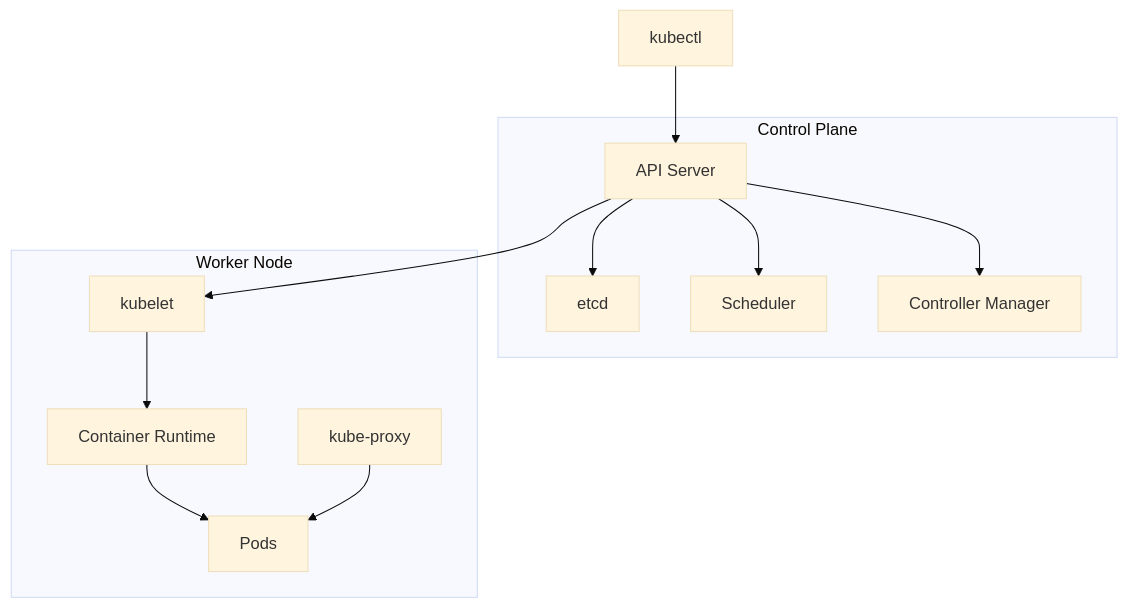
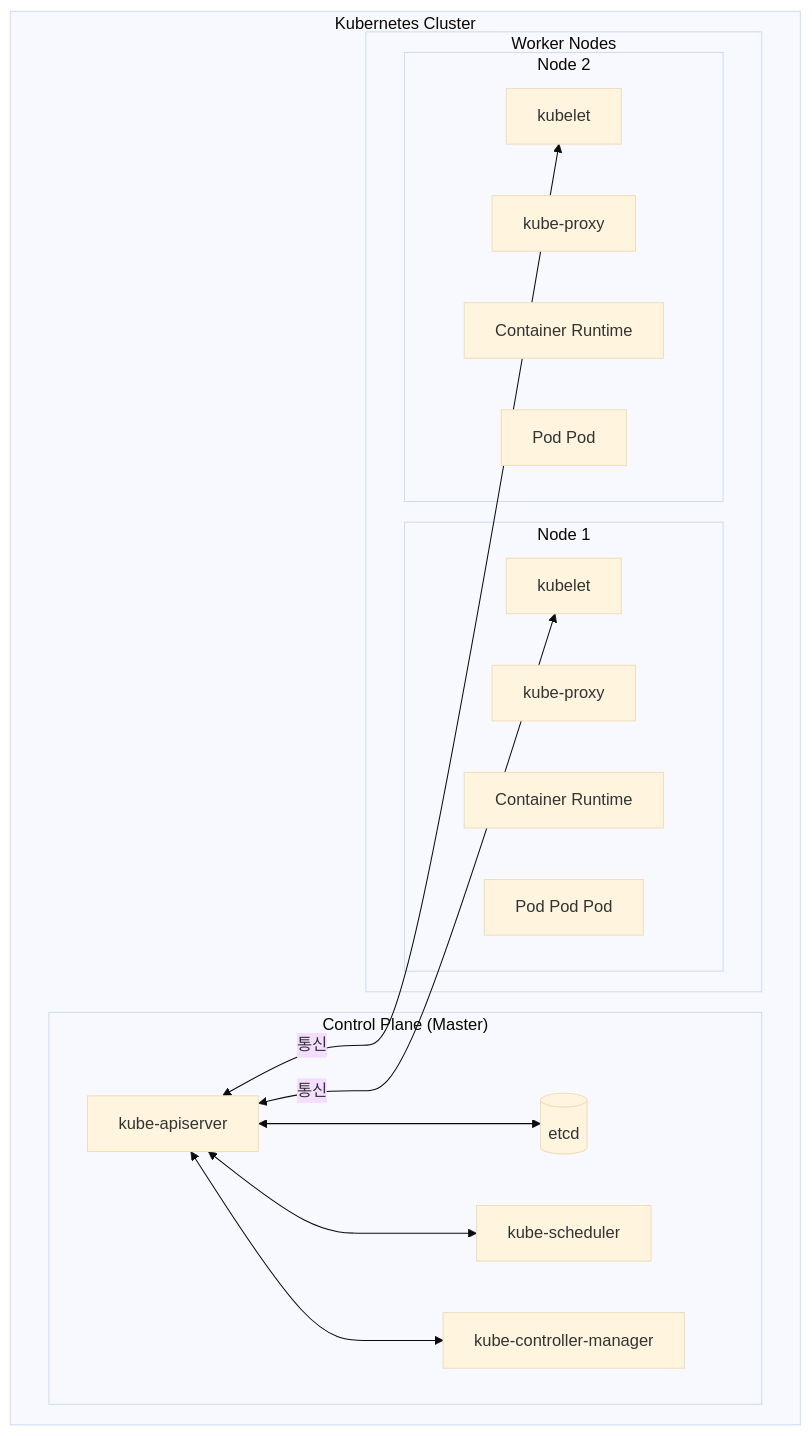
One commit to K-Diger/k-diger.github.io changed the first of 16 diagrams in _posts/2026-01-03-kubernetes-02-architecture.md. Above: the diagram before and after it, drawn with Mermaid (base theme). The commit also changed other lines of this file and 60 other files, not shown here.

````diff
--- a/_posts/2026-01-03-kubernetes-02-architecture.md
+++ b/_posts/2026-01-03-kubernetes-02-architecture.md
@@ -469,25 +14,32 @@
 ```mermaid
-graph TB
-    subgraph ControlPlane["Control Plane"]
-        API["API Server"]
-        ETCD["etcd"]
-        SCHED["Scheduler"]
-        CTRL["Controller Manager"]
+flowchart TB
+    subgraph Cluster["Kubernetes Cluster"]
+        subgraph CP["Control Plane (Master)"]
+            API["kube-apiserver"]
+            ETCD[("etcd")]
+            SCHED["kube-scheduler"]
+            CM["kube-controller-manager"]
+        end
+
+        subgraph Workers["Worker Nodes"]
+            subgraph Node1["Node 1"]
+                K1["kubelet"]
+                KP1["kube-proxy"]
+                CR1["Container Runtime"]
+                P1["Pod Pod Pod"]
+            end
+            subgraph Node2["Node 2"]
+                K2["kubelet"]
+                KP2["kube-proxy"]
+                CR2["Container Runtime"]
+                P2["Pod Pod"]
+            end
+        end
     end
 
-    subgraph Worker["Worker Node"]
-        KUBELET["kubelet"]
-        PROXY["kube-proxy"]
-        RUNTIME["Container Runtime"]
-        POD["Pods"]
-    end
-
-    kubectl-->API
-    API-->ETCD
-    API-->SCHED
-    API-->CTRL
-    API-->KUBELET
-    KUBELET-->RUNTIME
-    RUNTIME-->POD
-    PROXY-->POD
+    API <--> ETCD
+    API <--> SCHED
+    API <--> CM
+    API <-->|통신| K1
+    API <-->|통신| K2
 ```
````
